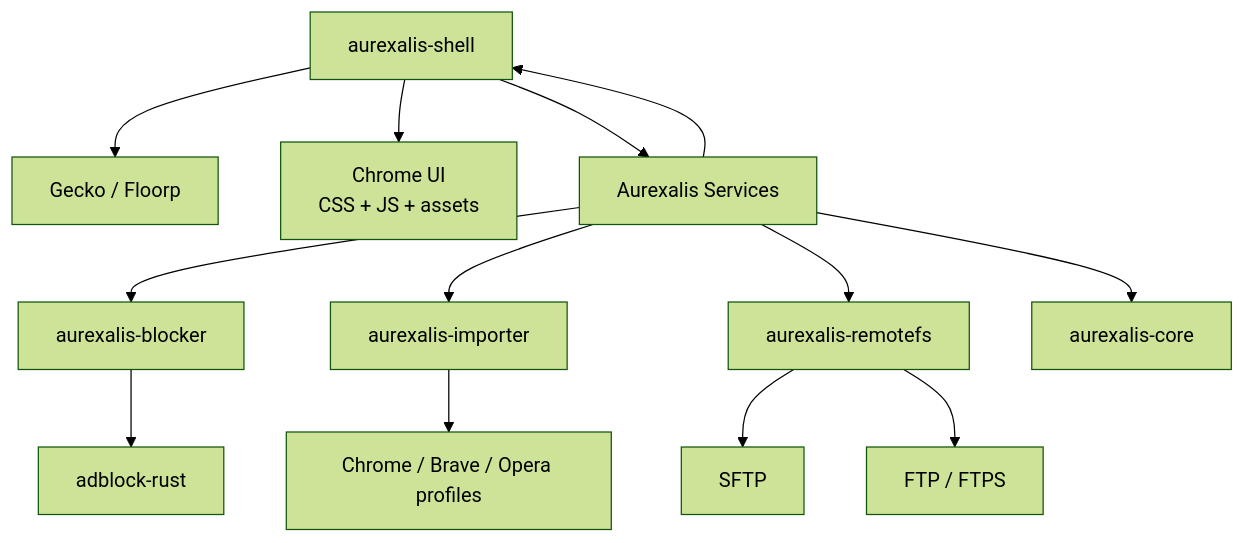
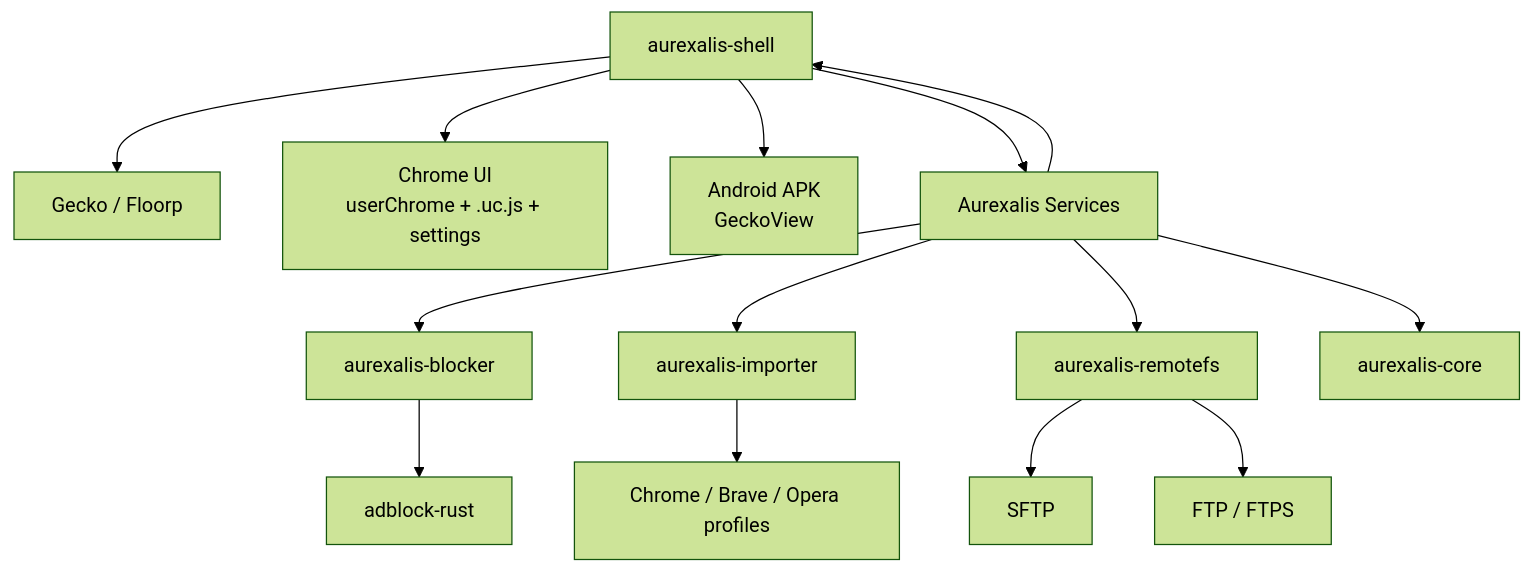
The diagram in docs/ARCHITECTURE.md (JackStar6677-1/Aurexalis), drawn with Mermaid (forest theme) before and after one commit. The commit also changed other lines of this file and 2 other files, not shown here.

Commit message:
docs: actualiza roadmap, arquitectura y entregables v0.3.0 en README

````diff
--- a/docs/ARCHITECTURE.md
+++ b/docs/ARCHITECTURE.md
@@ -7,17 +7,18 @@
 ```mermaid
 flowchart TB
   Shell["Aurexalis Browser Shell"] --> Gecko["Gecko / Floorp"]
-  Shell --> ChromeUI["Chrome UI<br/>CSS + JS + assets"]
+  Shell --> ChromeUI["Chrome UI<br/>userChrome + .uc.js + settings"]
+  Shell --> Mobile["Android APK<br/>GeckoView"]
   Shell --> Services["Aurexalis Services"]
 
   Services --> Blocker["aurexalis-blocker"]
   Services --> Importer["aurexalis-importer"]
   Services --> RemoteFS["aurexalis-remotefs"]
   Services --> Shell["aurexalis-shell"]
   Services --> Core["aurexalis-core"]
 
   Blocker --> AdblockRust["adblock-rust"]
   Importer --> BrowserProfiles["Chrome / Brave / Opera profiles"]
   RemoteFS --> SFTP["SFTP"]
   RemoteFS --> FTP["FTP / FTPS"]
 ```
````
